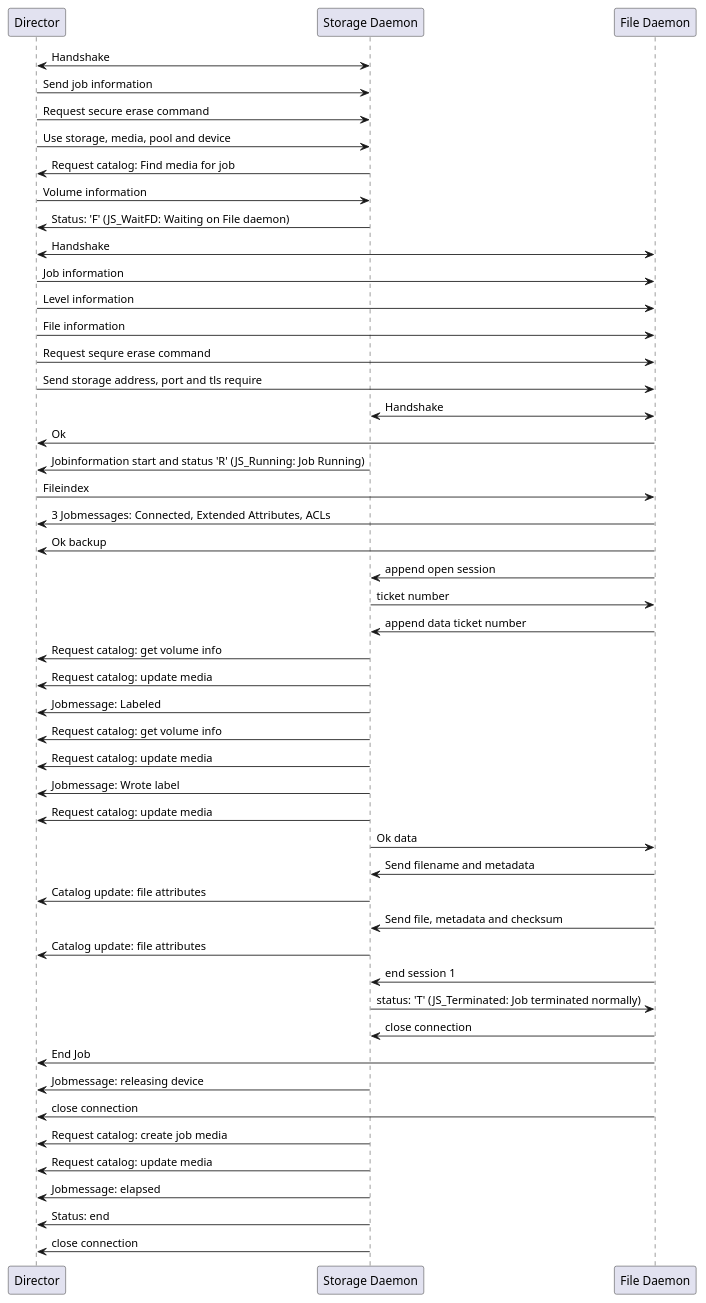
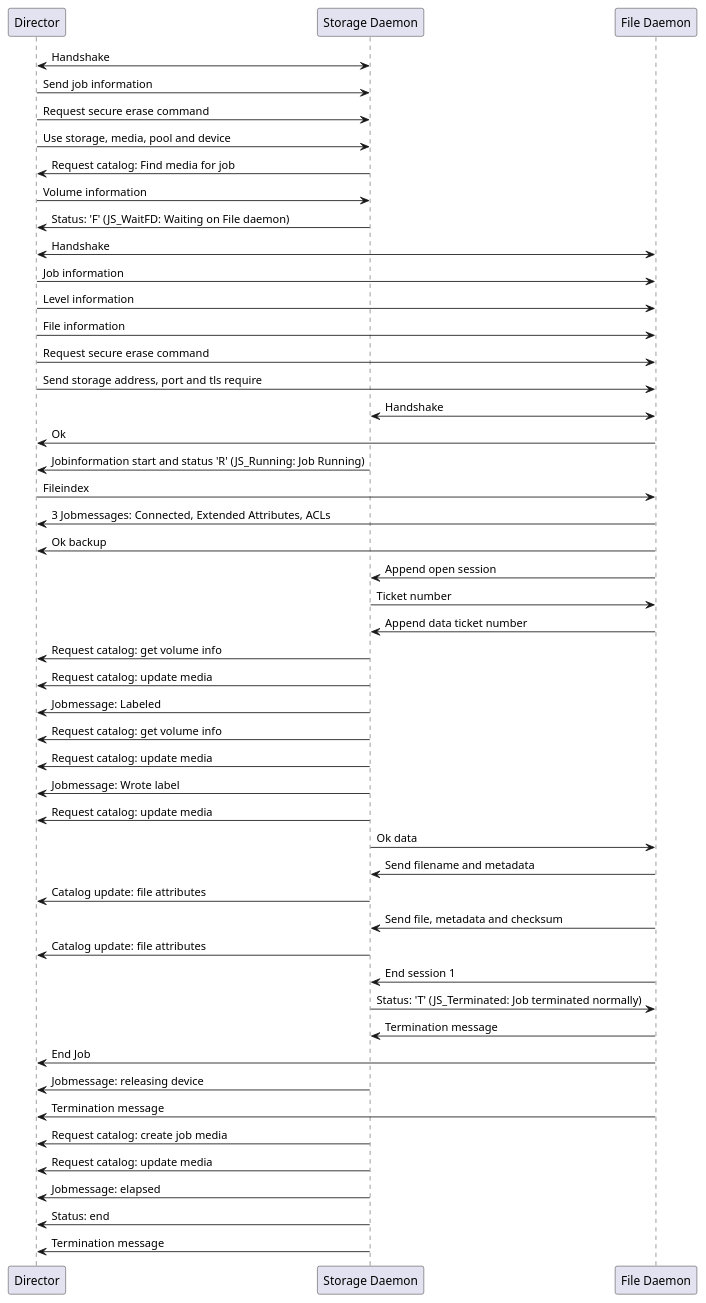
One commit to bareos/bareos changed the diagram in docs/manuals/source/DeveloperGuide/netprotocol/backup_of_one_file_comprehensive.puml. Above: the diagram before and after it, drawn with PlantUML. The commit also changed 3 other files, not shown here.

First line of the commit message:
docs: added network sequence diagrams for restore job

```diff
--- a/docs/manuals/source/DeveloperGuide/netprotocol/backup_of_one_file_comprehensive.puml
+++ b/docs/manuals/source/DeveloperGuide/netprotocol/backup_of_one_file_comprehensive.puml
@@ -4,62 +4,62 @@
   @startuml
 
   participant d as "Director"
   participant s as "Storage Daemon"
   participant c as "File Daemon"
 
   d <-> s: Handshake
   d  -> s: Send job information
   d  -> s: Request secure erase command
   d  -> s: Use storage, media, pool and device
   d <-  s: Request catalog: Find media for job
   d  -> s: Volume information
   d <-  s: Status: 'F' (JS_WaitFD: Waiting on File daemon)
 
   d <-> c: Handshake
   d  -> c: Job information
   d  -> c: Level information
   d  -> c: File information
-  d  -> c: Request sequre erase command
+  d  -> c: Request secure erase command
   d  -> c: Send storage address, port and tls require
 
   c <-> s: Handshake
   d <-  c: Ok
   d <-  s: Jobinformation start and status 'R' (JS_Running: Job Running)
   d  -> c: Fileindex
   d <-  c: 3 Jobmessages: Connected, Extended Attributes, ACLs
   d <-  c: Ok backup
 
-  c  -> s: append open session
-  c <-  s: ticket number
-  c  -> s: append data ticket number
+  c  -> s: Append open session
+  c <-  s: Ticket number
+  c  -> s: Append data ticket number
 
   d <-  s: Request catalog: get volume info
   d <-  s: Request catalog: update media
   d <-  s: Jobmessage: Labeled
   d <-  s: Request catalog: get volume info
   d <-  s: Request catalog: update media
   d <-  s: Jobmessage: Wrote label
   d <-  s: Request catalog: update media
 
   c <-  s: Ok data
   c  -> s: Send filename and metadata
 
   d <-  s: Catalog update: file attributes
   c  -> s: Send file, metadata and checksum
   d <-  s: Catalog update: file attributes
 
-  c  -> s: end session 1
-  c <-  s: status: 'T' (JS_Terminated: Job terminated normally)
-  c  -> s: close connection
+  c  -> s: End session 1
+  c <-  s: Status: 'T' (JS_Terminated: Job terminated normally)
+  c  -> s: Termination message
 
   d <-  c: End Job
   d <-  s: Jobmessage: releasing device
-  d <-  c: close connection
+  d <-  c: Termination message
   d <-  s: Request catalog: create job media
   d <-  s: Request catalog: update media
   d <-  s: Jobmessage: elapsed
   d <-  s: Status: end
 
-  d <-  s: close connection
+  d <-  s: Termination message
 
   @enduml
```
